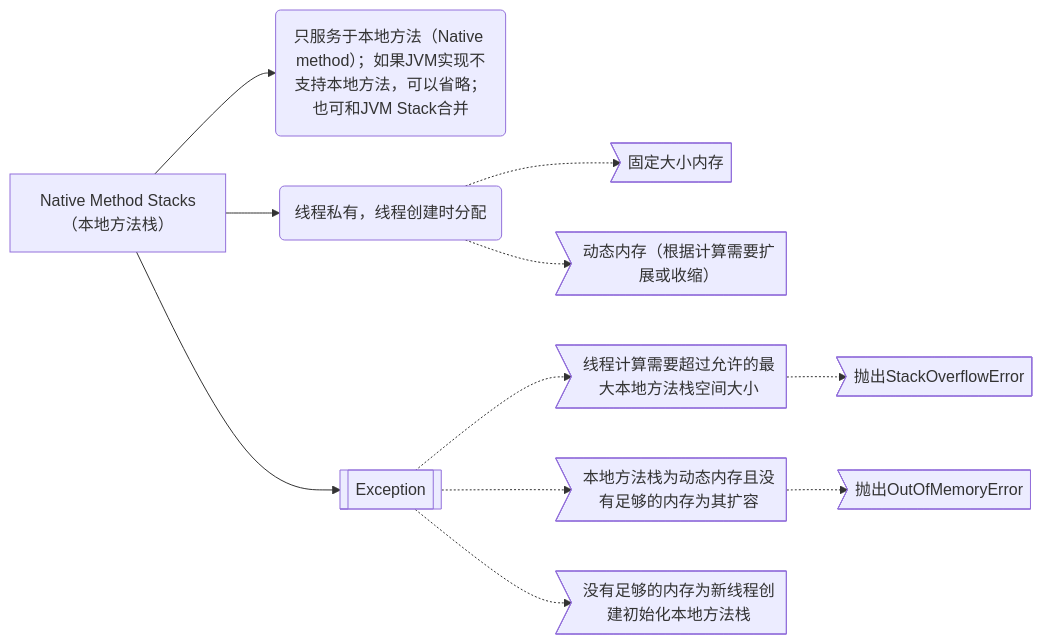
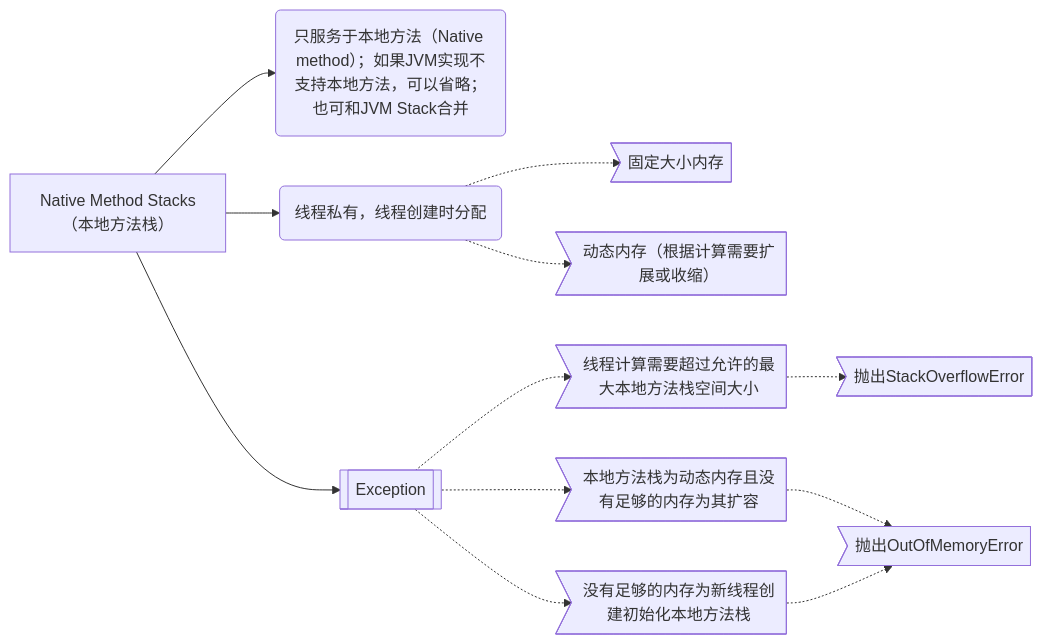
Before and after one commit to 290044632/bookmark: the seventh of 7 diagrams in java/jvm/run-time_data_areas.md, drawn with Mermaid. The commit also changed 3 other files, not shown here.

````diff
--- a/java/jvm/run-time_data_areas.md
+++ b/java/jvm/run-time_data_areas.md
@@ -92,15 +92,16 @@
 ```mermaid
 flowchart LR
     A["Native Method Stacks
     （本地方法栈）"]
     A-->A1("只服务于本地方法（Native method）；如果JVM实现不支持本地方法，可以省略；也可和JVM Stack合并")
     A-->A2("线程私有，线程创建时分配")
     A2 -.-> A21>"固定大小内存"]
     A2 -.-> A22>"动态内存（根据计算需要扩展或收缩）"]
     A-->A3[["Exception"]]
     A3-.->A31>"线程计算需要超过允许的最大本地方法栈空间大小"]
     A31-.->A311>"抛出StackOverflowError"]
     A3-.->A32>"本地方法栈为动态内存且没有足够的内存为其扩容"]
     A3-.->A33>"没有足够的内存为新线程创建初始化本地方法栈"]
     A32-.->A321>"抛出OutOfMemoryError"]
+    A33-.->A321
 ```
````
